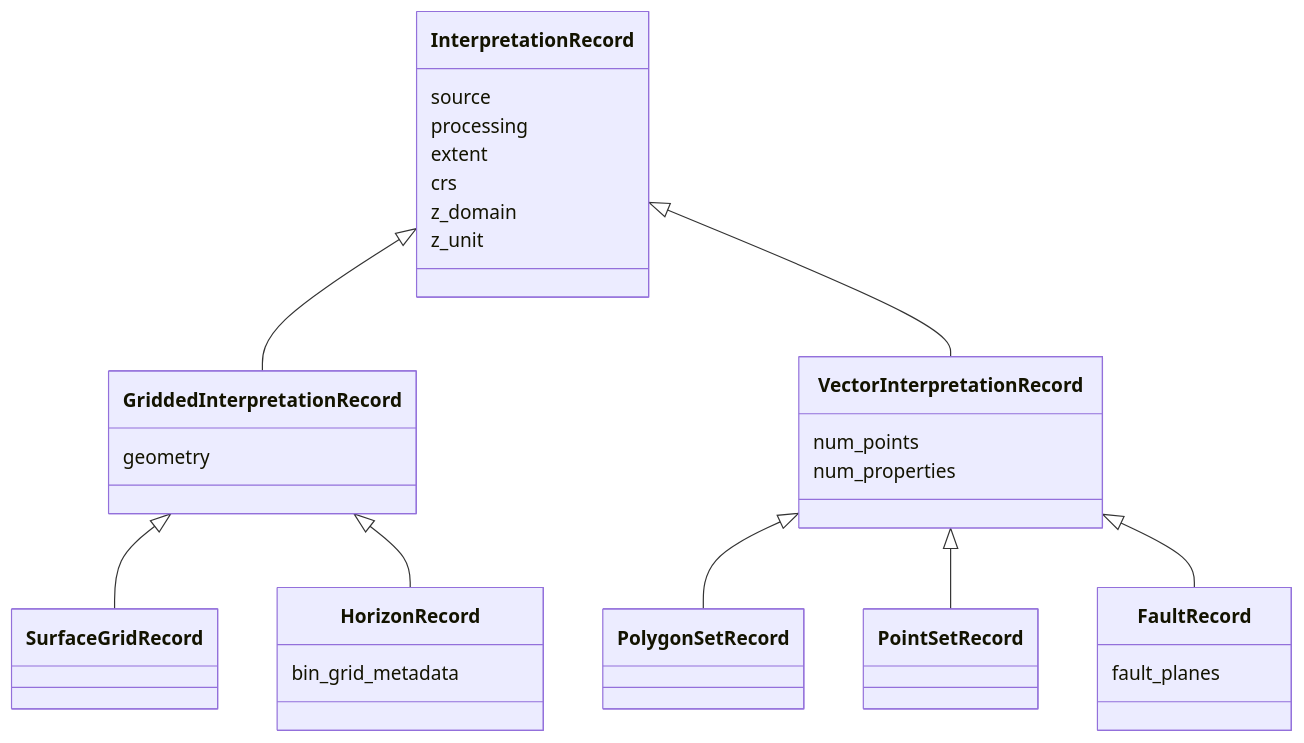
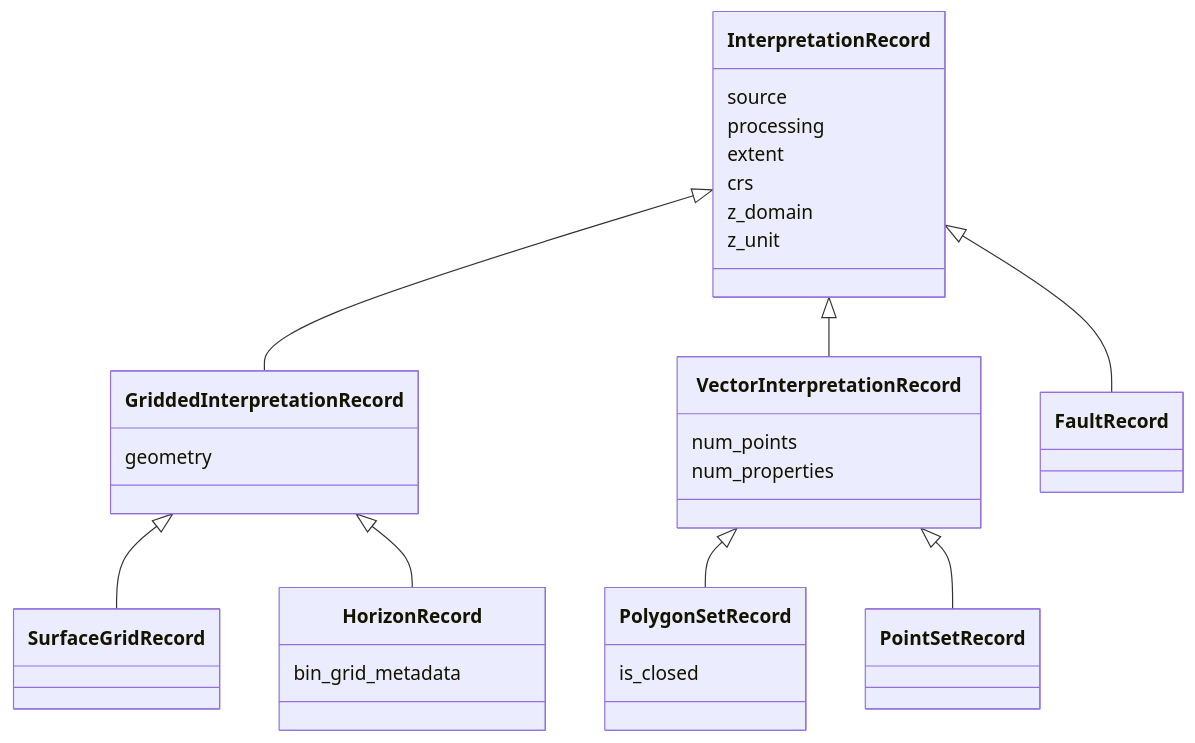
The diagram in docs/design_interpretations.md (equinor/interpretation-models), drawn with Mermaid before and after one commit. The commit also changed other lines of this file and 1 other file, not shown here.

Commit message:
docs: Improvement to the rows/cols explaining
- Improves the explanation of how cols and rows are taken from the 2D
  arrays in gridded interpretations
- Removes FaultPlane from the hierarchy of vetor based interpretation
- Includes explanation on rotation and relatinship between local (i,j)
  and global (x,y) grrids

````diff
--- a/docs/design_interpretations.md
+++ b/docs/design_interpretations.md
@@ -31,39 +33,39 @@
 ```mermaid
 classDiagram
     class InterpretationRecord {
         source
         processing
         extent
         crs
         z_domain
         z_unit
     }
 
     class GriddedInterpretationRecord {
         geometry
     }
 
     class VectorInterpretationRecord {
         num_points
         num_properties
     }
 
     class SurfaceGridRecord
     class HorizonRecord {
         bin_grid_metadata
     }
-    class PolygonSetRecord
+    class PolygonSetRecord {
+        is_closed
+    }
     class PointSetRecord
-    class FaultRecord {
-        fault_planes
-    }
+    class FaultRecord
 
     InterpretationRecord <|-- GriddedInterpretationRecord
     GriddedInterpretationRecord <|-- SurfaceGridRecord
     GriddedInterpretationRecord <|-- HorizonRecord
     InterpretationRecord <|-- VectorInterpretationRecord
     VectorInterpretationRecord  <|-- PolygonSetRecord
     VectorInterpretationRecord  <|-- PointSetRecord
-    VectorInterpretationRecord  <|-- FaultRecord
+    InterpretationRecord  <|-- FaultRecord
 
 ``` 
````
